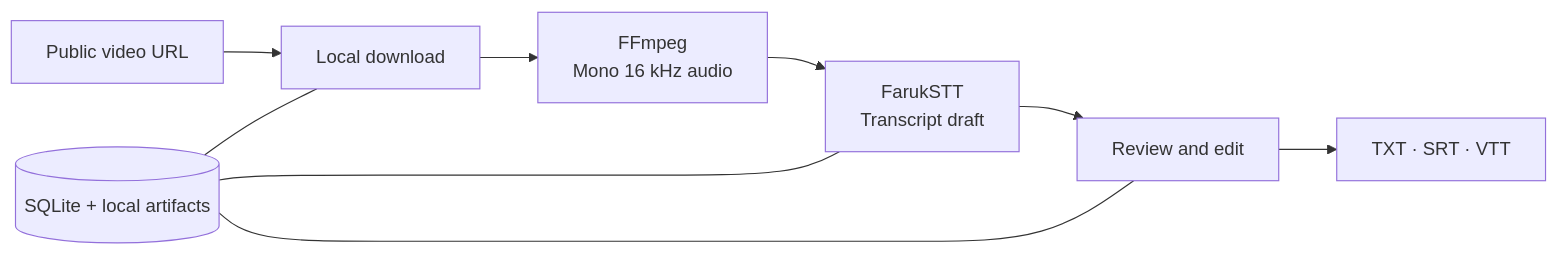
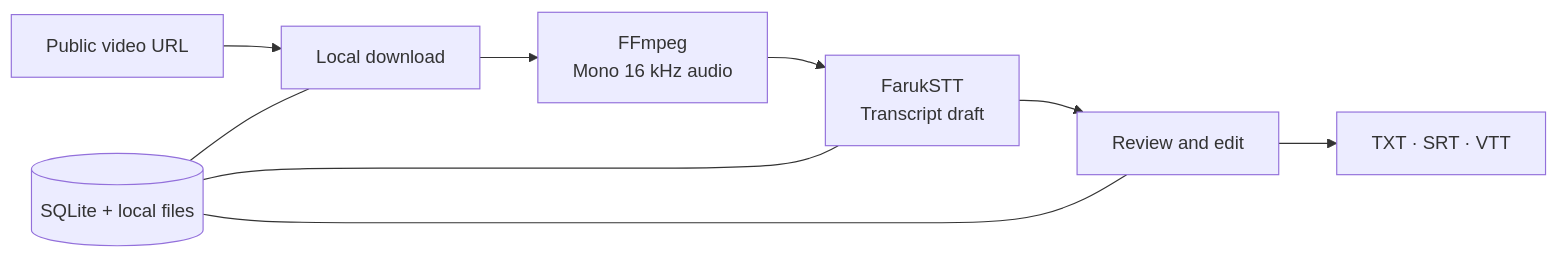
Before and after one commit to imemdev/reel-machine: the diagram in README.md, drawn with Mermaid. The commit also changed other lines of this file and 16 other files, not shown here.

````diff
--- a/README.md
+++ b/README.md
@@ -36,11 +203,11 @@
 ```mermaid
 flowchart LR
     A[Public video URL] --> B[Local download]
     B --> C["FFmpeg<br/>Mono 16 kHz audio"]
     C --> D["FarukSTT<br/>Transcript draft"]
     D --> E[Review and edit]
     E --> F[TXT · SRT · VTT]
-    G[(SQLite + local artifacts)] --- B
+    G[(SQLite + local files)] --- B
     G --- D
     G --- E
 ```
````
